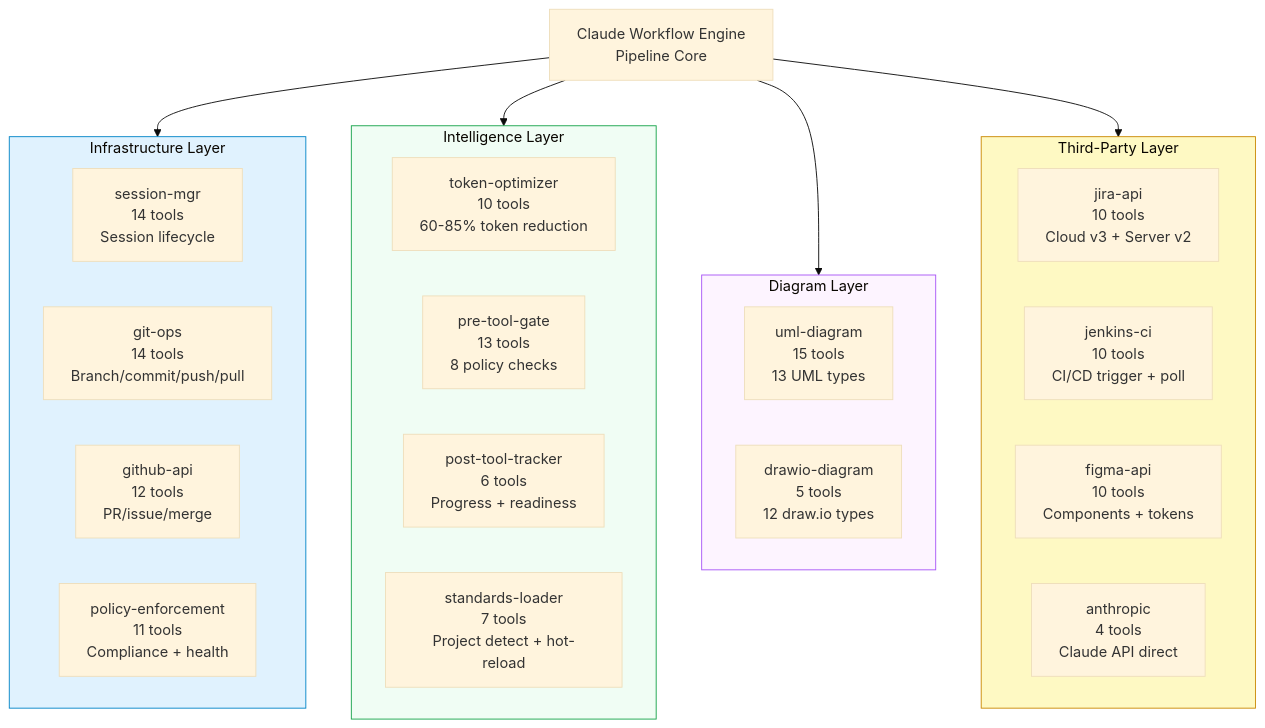
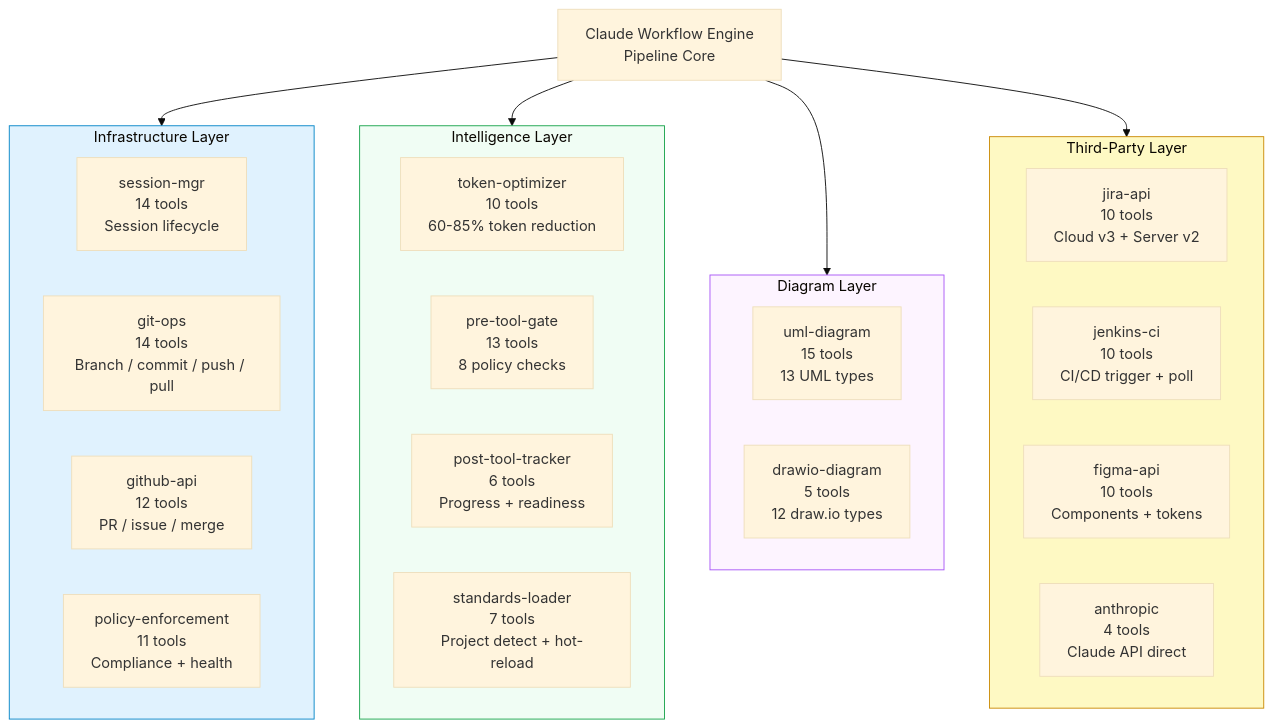
One commit to techdeveloper-org/claude-workflow-engine changed the ninth of 10 diagrams in docs/PIPELINE_ARCHITECTURE.md. Above: the diagram before and after it, drawn with Mermaid (base theme). The commit also changed other lines of this file and 1 other file, not shown here.

First line of the commit message:
fix(diagrams): remove invisible text causes from all Mermaid diagrams

````diff
--- a/docs/PIPELINE_ARCHITECTURE.md
+++ b/docs/PIPELINE_ARCHITECTURE.md
@@ -311,40 +311,40 @@
 ```mermaid
 graph TD
     CWE["Claude Workflow Engine\nPipeline Core"]
 
     subgraph INFRA["Infrastructure Layer"]
         SM["session-mgr\n14 tools\nSession lifecycle"]
-        GO["git-ops\n14 tools\nBranch/commit/push/pull"]
-        GA["github-api\n12 tools\nPR/issue/merge"]
+        GO["git-ops\n14 tools\nBranch / commit / push / pull"]
+        GA["github-api\n12 tools\nPR / issue / merge"]
         PE["policy-enforcement\n11 tools\nCompliance + health"]
     end
 
     subgraph INTEL["Intelligence Layer"]
         TO["token-optimizer\n10 tools\n60-85% token reduction"]
         PTG["pre-tool-gate\n13 tools\n8 policy checks"]
         PTT["post-tool-tracker\n6 tools\nProgress + readiness"]
         SL["standards-loader\n7 tools\nProject detect + hot-reload"]
     end
 
     subgraph DIAG["Diagram Layer"]
         UML["uml-diagram\n15 tools\n13 UML types"]
         DIO["drawio-diagram\n5 tools\n12 draw.io types"]
     end
 
     subgraph THIRD["Third-Party Layer"]
         JR["jira-api\n10 tools\nCloud v3 + Server v2"]
         JK["jenkins-ci\n10 tools\nCI/CD trigger + poll"]
         FG["figma-api\n10 tools\nComponents + tokens"]
         AN["anthropic\n4 tools\nClaude API direct"]
     end
 
     CWE --> INFRA
     CWE --> INTEL
     CWE --> DIAG
     CWE --> THIRD
 
     style INFRA fill:#e0f2fe,stroke:#0284c7
     style INTEL fill:#f0fdf4,stroke:#16a34a
     style DIAG  fill:#fdf4ff,stroke:#a855f7
     style THIRD fill:#fef9c3,stroke:#ca8a04
 ```
````
